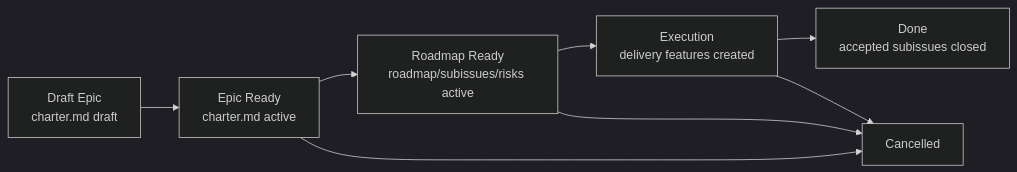
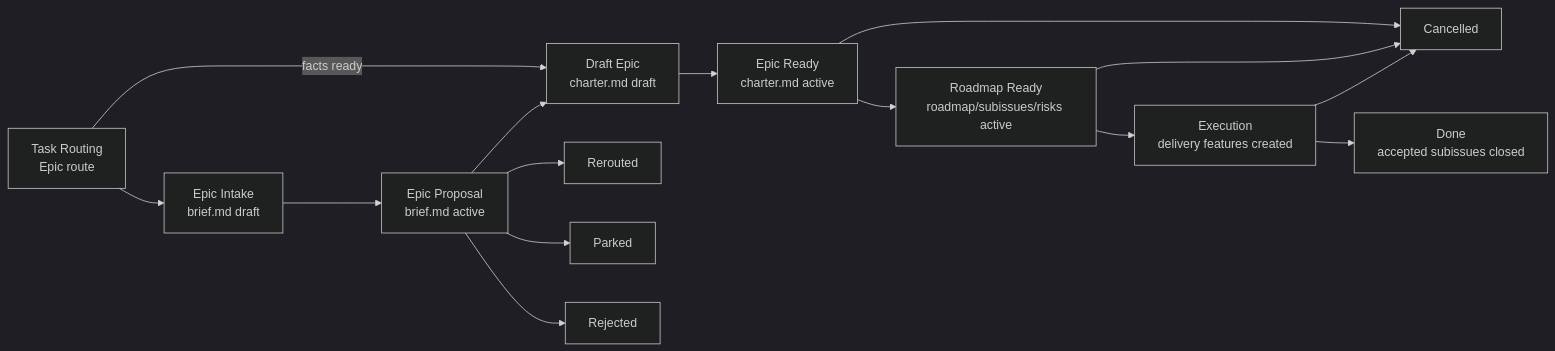
Before and after one commit to dapi/memory-bank: the diagram in memory-bank/flows/epic.md, drawn with Mermaid (dark theme). The commit also changed other lines of this file and 9 other files, not shown here.

Commit message:
docs: add epic intake flow

````diff
--- a/memory-bank/flows/epic.md
+++ b/memory-bank/flows/epic.md
@@ -72,10 +76,17 @@
 ```mermaid
 flowchart LR
+    RT["Task Routing<br/>Epic route"] --> EI["Epic Intake<br/>brief.md draft"]
+    RT -->|facts ready| DE
+    EI --> PR["Epic Proposal<br/>brief.md active"]
+    PR --> DE
+    PR --> RRTE["Rerouted"]
+    PR --> PK["Parked"]
+    PR --> RJ["Rejected"]
     DE["Draft Epic<br/>charter.md draft"] --> ER["Epic Ready<br/>charter.md active"]
     ER --> RR["Roadmap Ready<br/>roadmap/subissues/risks active"]
     RR --> EX["Execution<br/>delivery features created"]
     EX --> DN["Done<br/>accepted subissues closed"]
     ER --> CL["Cancelled"]
     RR --> CL
     EX --> CL
 ```
````
